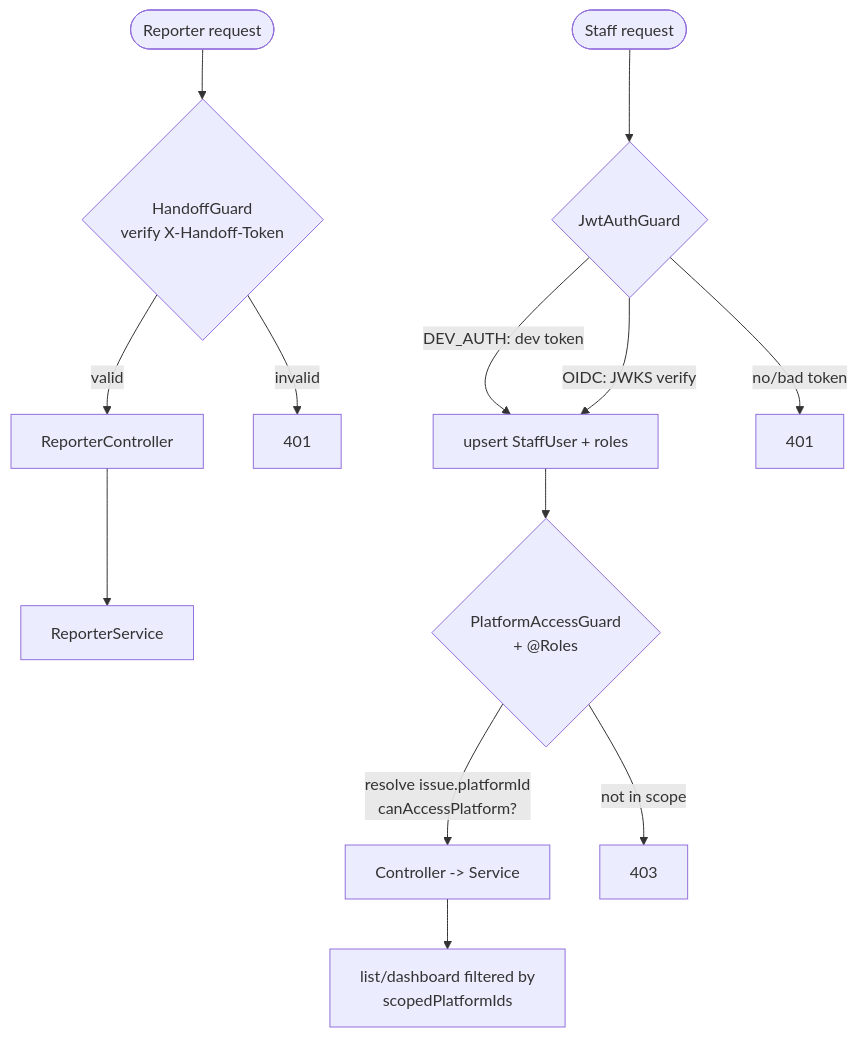
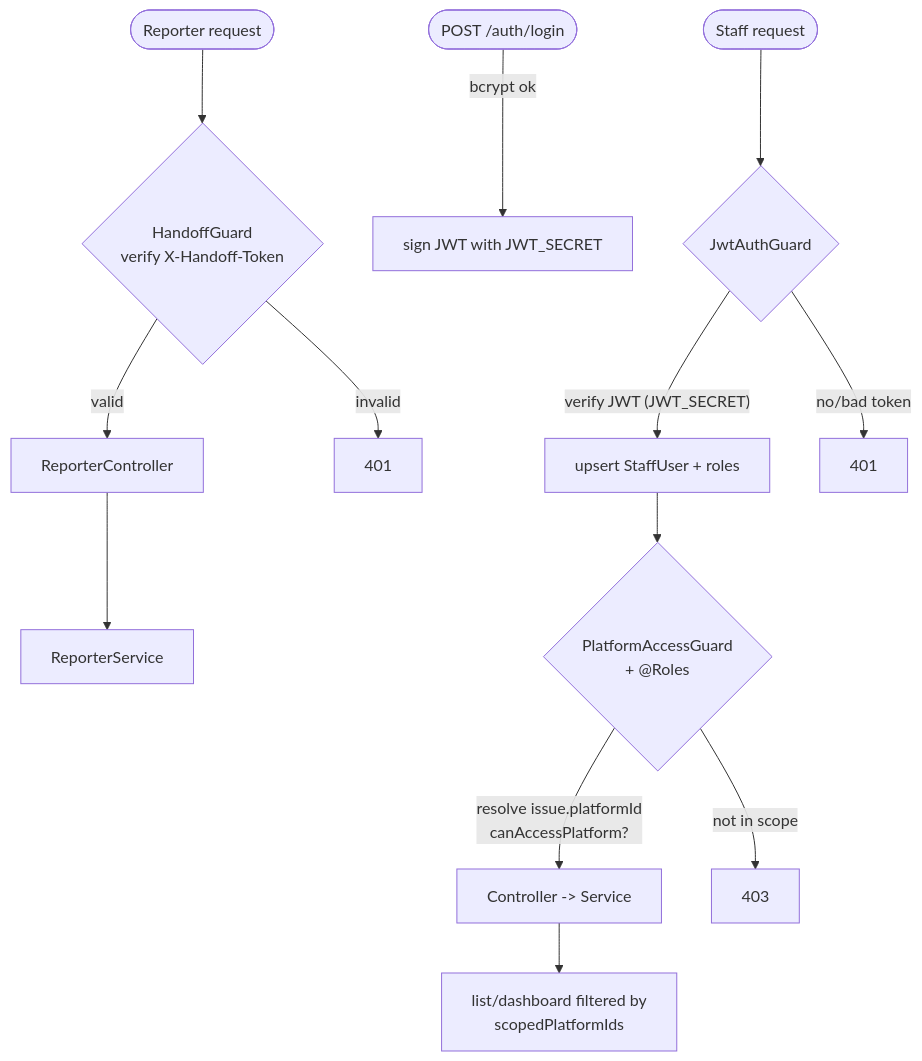
The second of 5 diagrams in ARCHITECTURE.md (RagnarokAnsh/CIMP), drawn with Mermaid before and after one commit. The commit also changed other lines of this file and 52 other files, not shown here.

````diff
--- a/ARCHITECTURE.md
+++ b/ARCHITECTURE.md
@@ -86,15 +86,15 @@
 ```mermaid
 flowchart TD
   R([Reporter request]) --> HG{HandoffGuard\nverify X-Handoff-Token}
   HG -- valid --> RC[ReporterController] --> RS[ReporterService]
   HG -- invalid --> R401[401]
 
+  L([POST /auth/login]) -- "bcrypt ok" --> TK[sign JWT with JWT_SECRET]
   S([Staff request]) --> JG{JwtAuthGuard}
-  JG -- "DEV_AUTH: dev token" --> UP[upsert StaffUser + roles]
-  JG -- "OIDC: JWKS verify" --> UP
+  JG -- "verify JWT (JWT_SECRET)" --> UP[upsert StaffUser + roles]
   JG -- no/bad token --> S401[401]
   UP --> PG{PlatformAccessGuard\n+ @Roles}
   PG -- "resolve issue.platformId\ncanAccessPlatform?" --> SC[Controller -> Service]
   PG -- not in scope --> F403[403]
   SC --> LIST[list/dashboard filtered by\nscopedPlatformIds]
 ```
````
